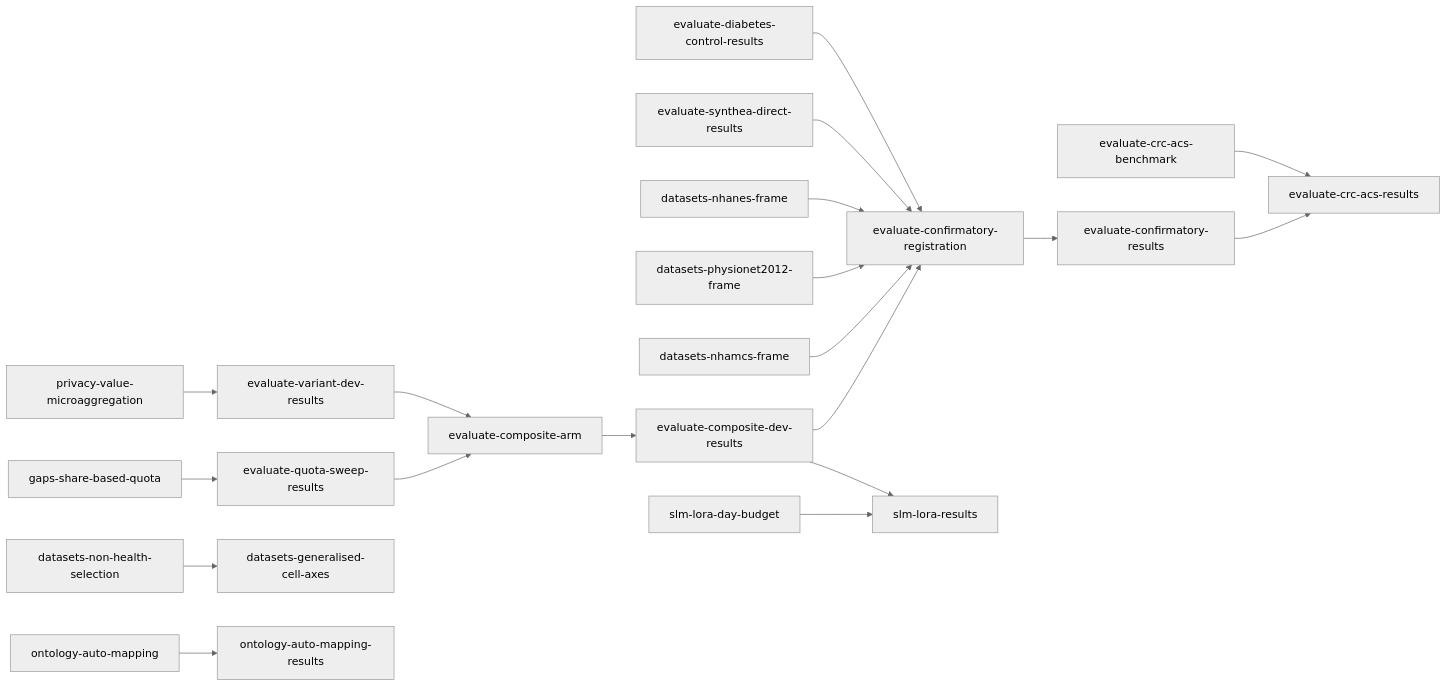
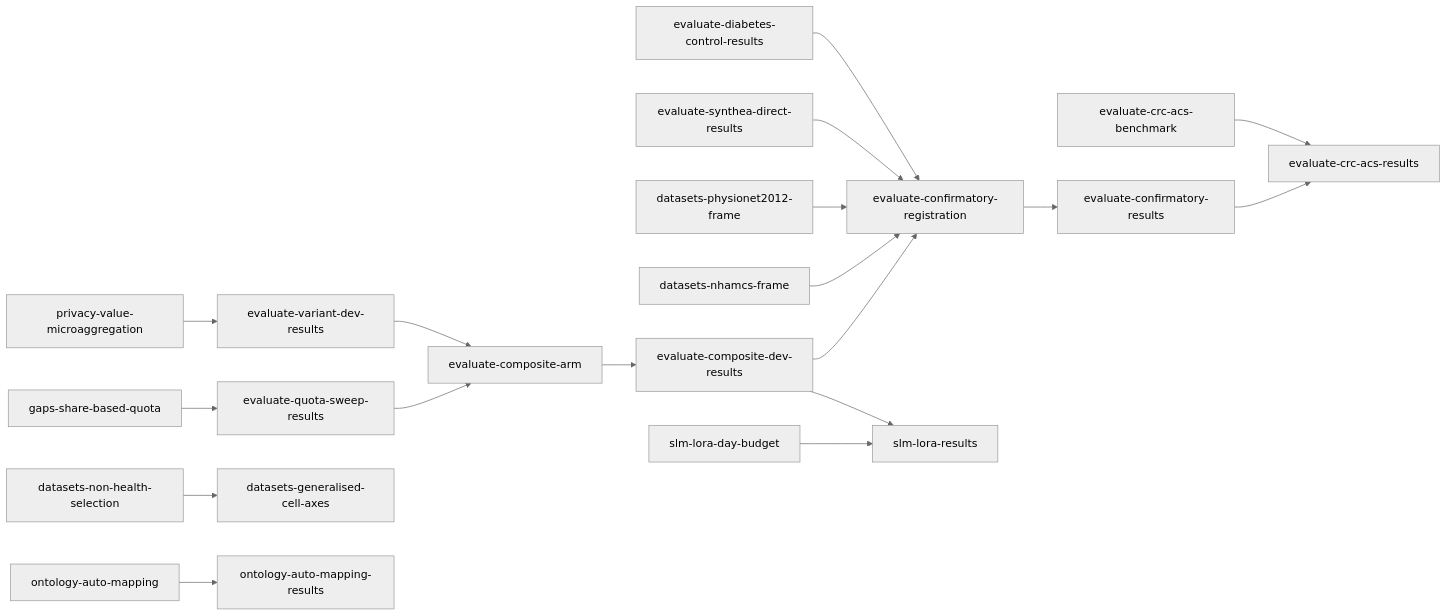
The diagram in tasks/direct-index.md (joe-dartmouth/synthetic), drawn with Mermaid (neutral theme) before and after one commit. The commit also changed other lines of this file and 36 other files, not shown here.

First line of the commit message:
Add the NHANES 2021-2023 frame with a composite cardiovascular label (#137)

````diff
--- a/tasks/direct-index.md
+++ b/tasks/direct-index.md
@@ -66,21 +65,20 @@
 ```mermaid
 flowchart LR
     u16[privacy-value-microaggregation] --> u19[evaluate-variant-dev-results]
     u20[gaps-share-based-quota] --> u21[evaluate-quota-sweep-results]
     u49[datasets-non-health-selection] --> u50[datasets-generalised-cell-axes]
     u19 --> u28[evaluate-composite-arm]
     u21 --> u28
     u28 --> u29[evaluate-composite-dev-results]
     u7[evaluate-diabetes-control-results] --> u30[evaluate-confirmatory-registration]
     u8[evaluate-synthea-direct-results] --> u30
-    u26[datasets-nhanes-frame] --> u30
     u47[datasets-physionet2012-frame] --> u30
     u48[datasets-nhamcs-frame] --> u30
     u29 --> u30
     u30 --> u31[evaluate-confirmatory-results]
     u41[evaluate-crc-acs-benchmark] --> u42[evaluate-crc-acs-results]
     u31 --> u42
     u32[ontology-auto-mapping] --> u33[ontology-auto-mapping-results]
     u29 --> u36[slm-lora-results]
     u51[slm-lora-day-budget] --> u36
 ```
````
